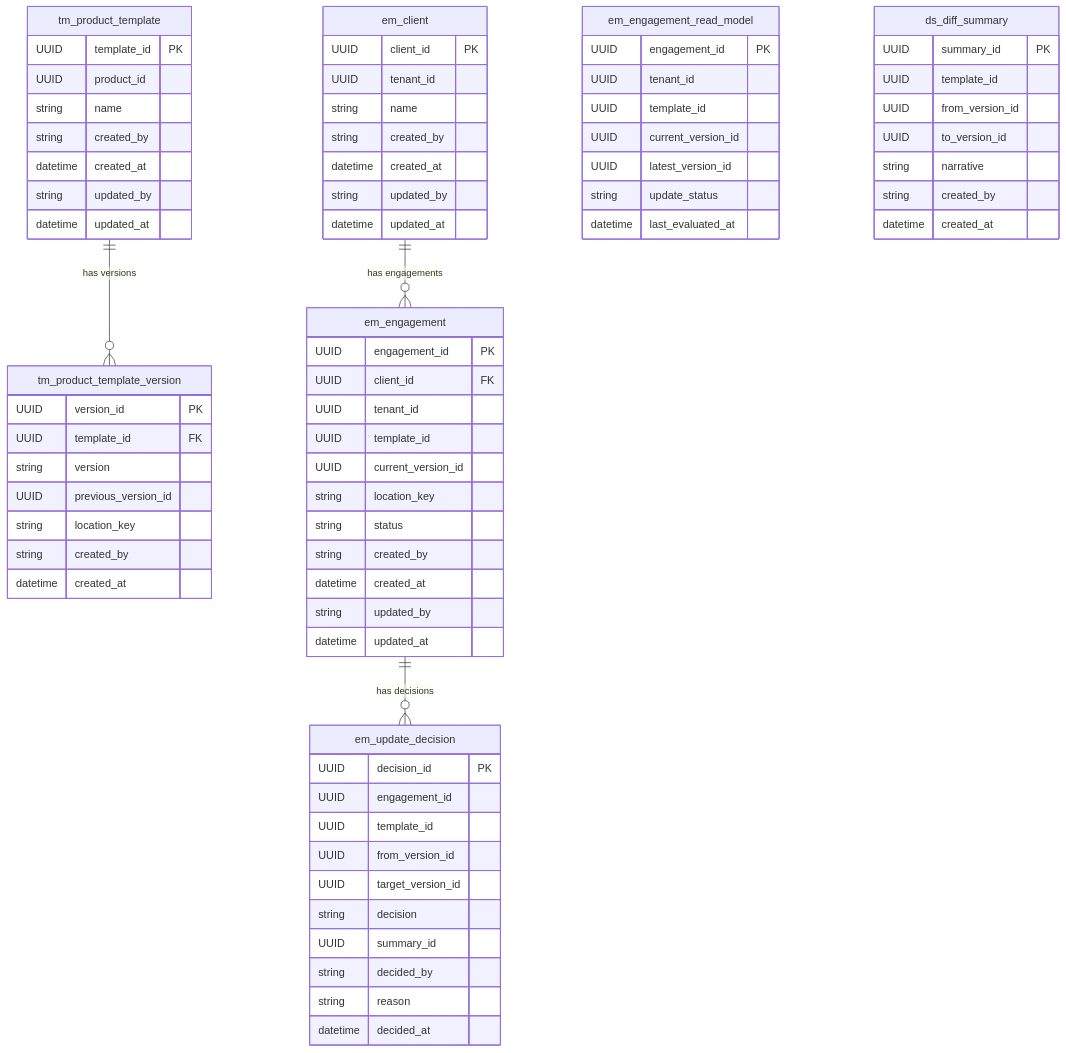
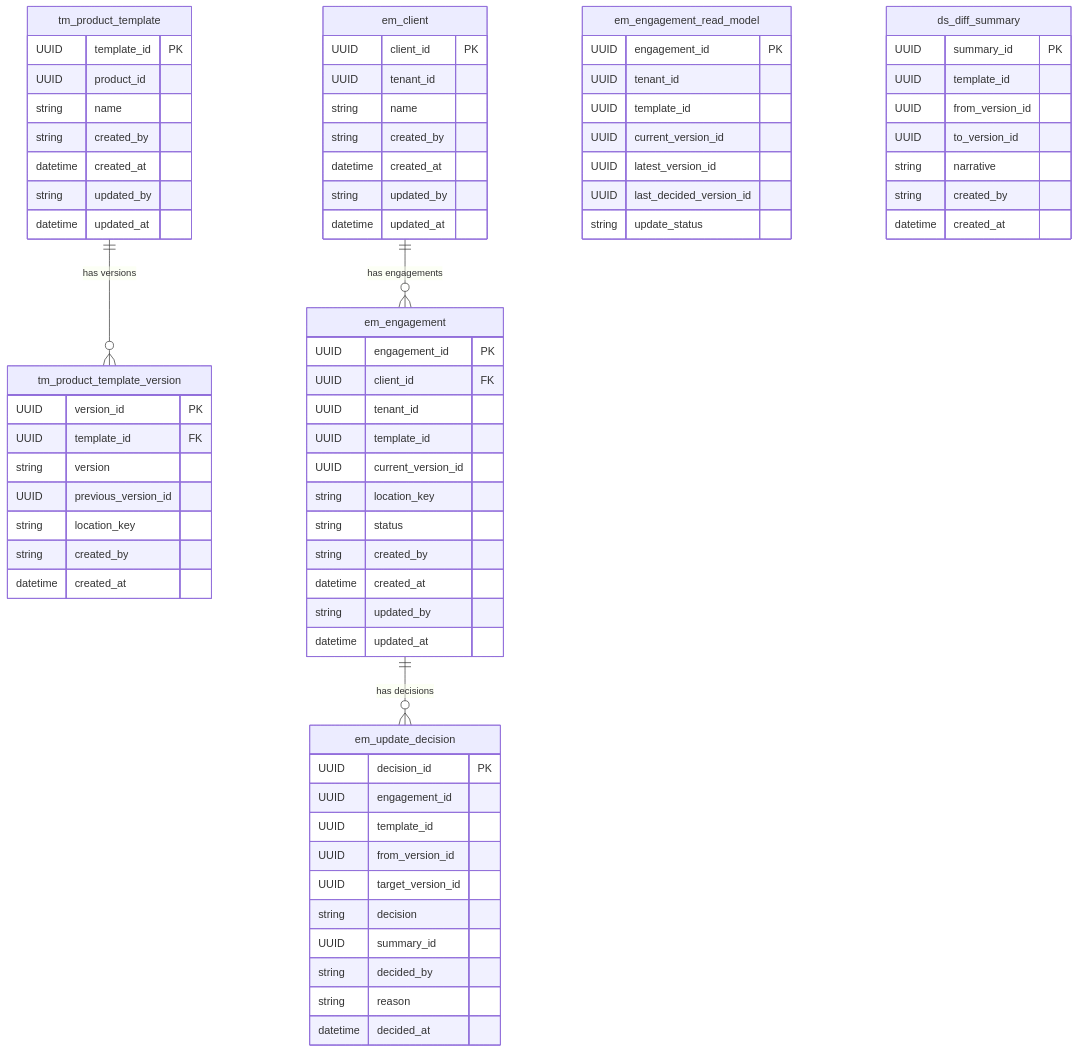
Before and after one commit to jose-foronda/caseware_test_2026_09: the diagram in architecture/erd.md, drawn with Mermaid. The commit also changed other lines of this file and 2 other files, not shown here.

Commit message:
refining domain model: refine use cases

```diff
--- a/architecture/erd.md
+++ b/architecture/erd.md
@@ -76,13 +76,13 @@
     }
 
     em_engagement_read_model {
-        UUID     engagement_id      PK
+        UUID     engagement_id           PK
         UUID     tenant_id
         UUID     template_id
         UUID     current_version_id
         UUID     latest_version_id
+        UUID     last_decided_version_id
         string   update_status
-        datetime last_evaluated_at
     }
 
     em_update_decision {
```
